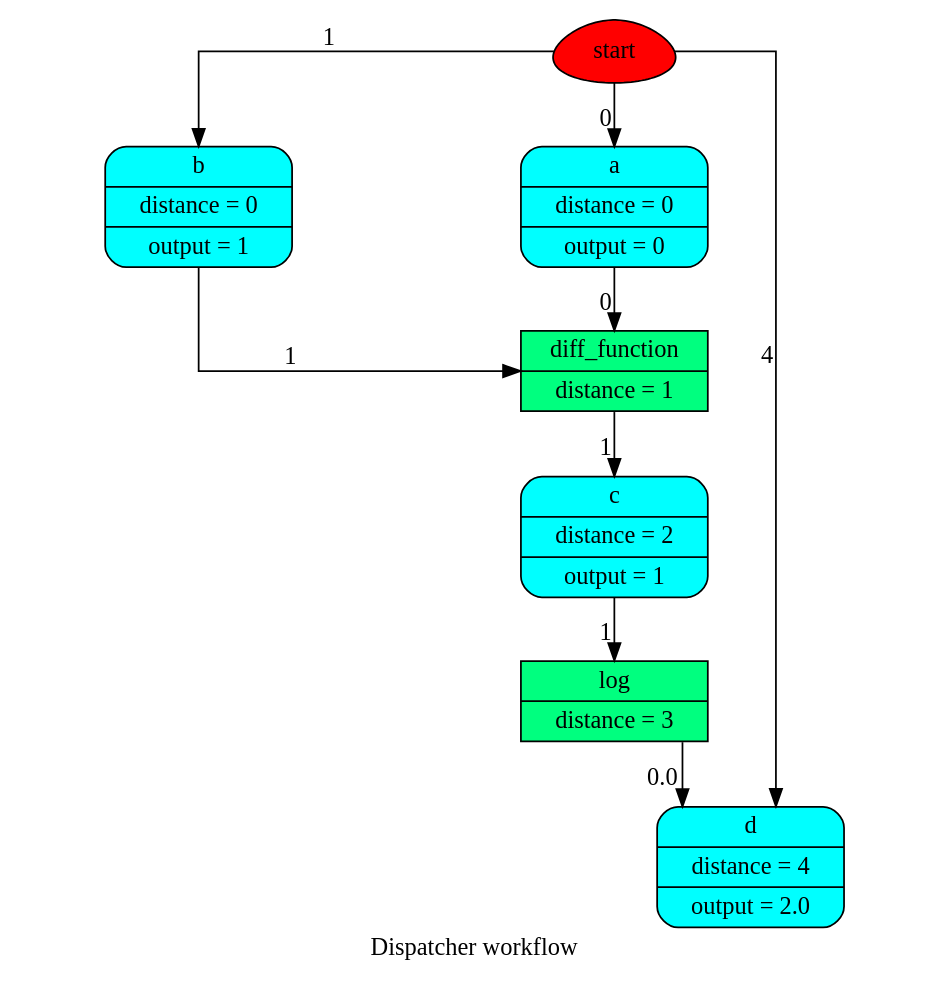
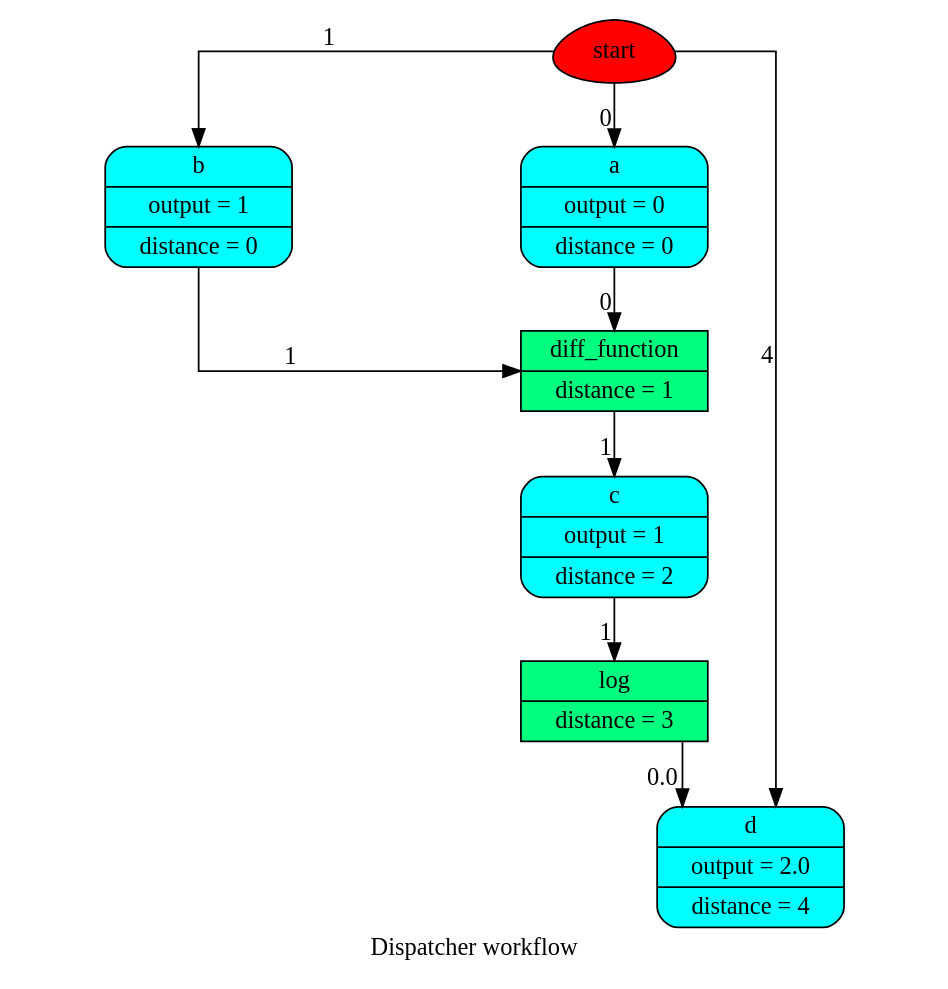
Before and after one commit to vinci1it2000/schedula: the diagram in doc/source/dispatcher/__init__/Dispatcher/wf.dot, drawn with Graphviz. The commit also changed 23 other files, not shown here.

```diff
--- a/doc/source/dispatcher/__init__/Dispatcher/wf.dot
+++ b/doc/source/dispatcher/__init__/Dispatcher/wf.dot
@@ -1,21 +1,21 @@
 digraph Dispatcher {
 	graph [ratio=1]
 	node [style=filled]
 	splines = ortho
 	label = "Dispatcher workflow"
-		Dispatcher_4373643456 [label=start fillcolor=red shape=egg]
-		Dispatcher_8642698689935103924 [label="{ c | distance = 2 | output = 1 }" fillcolor=cyan shape=Mrecord]
-		"Dispatcher_-2983748606465057082" [label="{ log | distance = 3 }" fillcolor=springgreen shape=record]
-		Dispatcher_4091537378154039687 [label="{ b | distance = 0 | output = 1 }" fillcolor=cyan shape=Mrecord]
-		Dispatcher_389446077830260635 [label="{ diff_function | distance = 1 }" fillcolor=springgreen shape=record]
-		"Dispatcher_-1841214044933314468" [label="{ a | distance = 0 | output = 0 }" fillcolor=cyan shape=Mrecord]
-		"Dispatcher_-4429513020801161489" [label="{ d | distance = 4 | output = 2.0 }" fillcolor=cyan shape=Mrecord]
-			Dispatcher_4373643456 -> "Dispatcher_-4429513020801161489" [xlabel=4]
-			Dispatcher_4373643456 -> "Dispatcher_-1841214044933314468" [xlabel=0]
-			Dispatcher_4373643456 -> Dispatcher_4091537378154039687 [xlabel=1]
-			Dispatcher_8642698689935103924 -> "Dispatcher_-2983748606465057082" [xlabel=1]
-			"Dispatcher_-2983748606465057082" -> "Dispatcher_-4429513020801161489" [xlabel=0.0]
-			Dispatcher_4091537378154039687 -> Dispatcher_389446077830260635 [xlabel=1]
-			Dispatcher_389446077830260635 -> Dispatcher_8642698689935103924 [xlabel=1]
-			"Dispatcher_-1841214044933314468" -> Dispatcher_389446077830260635 [xlabel=0]
+		Dispatcher_4372648248 [label=start fillcolor=red shape=egg]
+		"Dispatcher_-8069443800989944208" [label="{ c | output = 1 | distance = 2 }" fillcolor=cyan shape=Mrecord]
+		"Dispatcher_-4405174669148747264" [label="{ log | distance = 3 }" fillcolor=springgreen shape=record]
+		"Dispatcher_-4868960230063457645" [label="{ b | output = 1 | distance = 0 }" fillcolor=cyan shape=Mrecord]
+		"Dispatcher_-6154672520566587020" [label="{ a | output = 0 | distance = 0 }" fillcolor=cyan shape=Mrecord]
+		Dispatcher_8292886482098159717 [label="{ d | output = 2.0 | distance = 4 }" fillcolor=cyan shape=Mrecord]
+		"Dispatcher_-7952817663357378313" [label="{ diff_function | distance = 1 }" fillcolor=springgreen shape=record]
+			"Dispatcher_-8069443800989944208" -> "Dispatcher_-4405174669148747264" [xlabel=1]
+			"Dispatcher_-4405174669148747264" -> Dispatcher_8292886482098159717 [xlabel=0.0]
+			"Dispatcher_-4868960230063457645" -> "Dispatcher_-7952817663357378313" [xlabel=1]
+			"Dispatcher_-6154672520566587020" -> "Dispatcher_-7952817663357378313" [xlabel=0]
+			"Dispatcher_-7952817663357378313" -> "Dispatcher_-8069443800989944208" [xlabel=1]
+			Dispatcher_4372648248 -> "Dispatcher_-4868960230063457645" [xlabel=1]
+			Dispatcher_4372648248 -> "Dispatcher_-6154672520566587020" [xlabel=0]
+			Dispatcher_4372648248 -> Dispatcher_8292886482098159717 [xlabel=4]
 }
```
